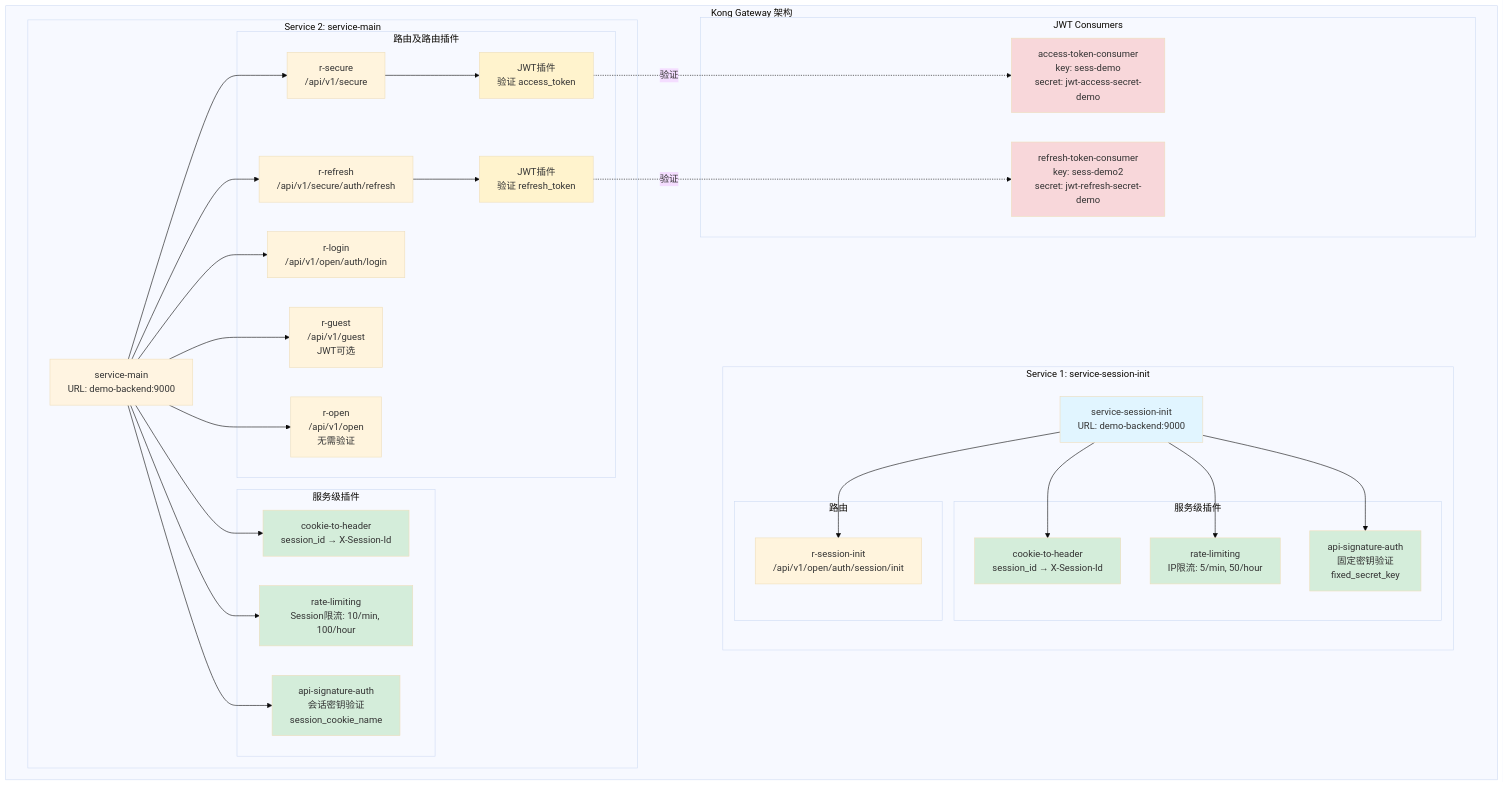
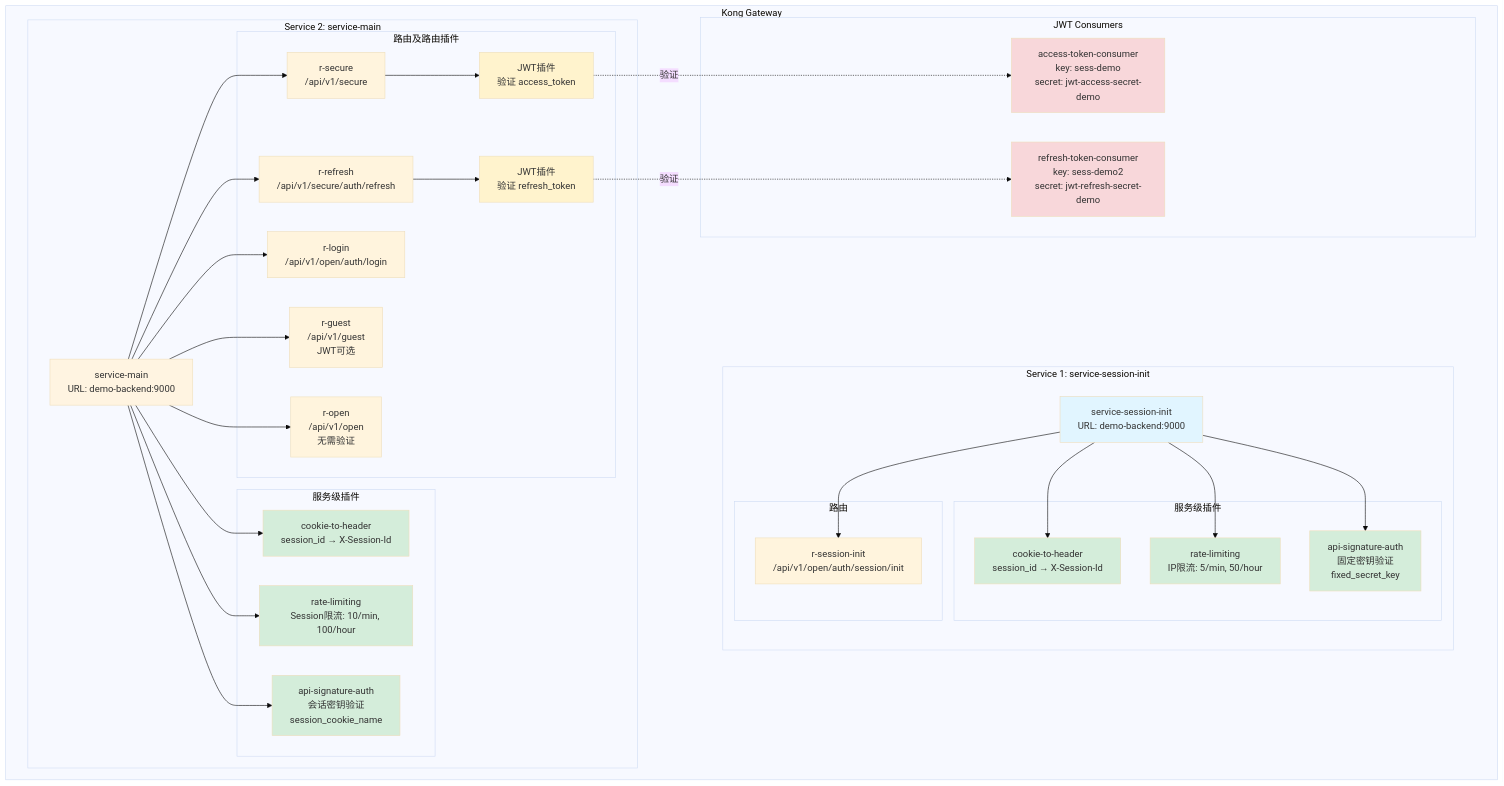
The diagram in all/未命名-8.md (yingjianzh/iodraw-files), drawn with Mermaid (base theme) before and after one commit.

Commit message:
2025-12-10 09:41:08 update

````diff
--- a/all/未命名-8.md
+++ b/all/未命名-8.md
@@ -1,80 +1,82 @@
 ```mermaid
+
 graph TB
-    subgraph "Kong Gateway 架构"
+    subgraph "Kong Gateway"
         subgraph "Service 1: service-session-init"
             S1[service-session-init<br/>URL: demo-backend:9000]
             
             subgraph "服务级插件"
                 S1P1[cookie-to-header<br/>session_id → X-Session-Id]
                 S1P2[rate-limiting<br/>IP限流: 5/min, 50/hour]
                 S1P3[api-signature-auth<br/>固定密钥验证<br/>fixed_secret_key]
             end
             
             subgraph "路由"
                 R1[r-session-init<br/>/api/v1/open/auth/session/init]
             end
             
             S1 --> S1P1
             S1 --> S1P2
             S1 --> S1P3
             S1 --> R1
         end
         
         subgraph "Service 2: service-main"
             S2[service-main<br/>URL: demo-backend:9000]
             
             subgraph "服务级插件 "
                 S2P1[cookie-to-header<br/>session_id → X-Session-Id]
                 S2P2[rate-limiting<br/>Session限流: 10/min, 100/hour]
                 S2P3[api-signature-auth<br/>会话密钥验证<br/>session_cookie_name]
             end
             
             subgraph "路由及路由插件"
                 R2[r-login<br/>/api/v1/open/auth/login]
                 
                 R3[r-refresh<br/>/api/v1/secure/auth/refresh]
                 R3P1[JWT插件<br/>验证 refresh_token]
                 
                 R4[r-secure<br/>/api/v1/secure]
                 R4P1[JWT插件<br/>验证 access_token]
                 
                 R5[r-guest<br/>/api/v1/guest<br/>JWT可选]
                 
                 R6[r-open<br/>/api/v1/open<br/>无需验证]
                 
                 R3 --> R3P1
                 R4 --> R4P1
             end
             
             S2 --> S2P1
             S2 --> S2P2
             S2 --> S2P3
             S2 --> R2
             S2 --> R3
             S2 --> R4
             S2 --> R5
             S2 --> R6
         end
         
         subgraph "JWT Consumers"
             C1[access-token-consumer<br/>key: sess-demo<br/>secret: jwt-access-secret-demo]
             C2[refresh-token-consumer<br/>key: sess-demo2<br/>secret: jwt-refresh-secret-demo]
         end
         
         R3P1 -.验证.-> C2
         R4P1 -.验证.-> C1
     end
     
     style S1 fill:#e1f5ff
     style S2 fill:#fff4e1
     style S1P1 fill:#d4edda
     style S1P2 fill:#d4edda
     style S1P3 fill:#d4edda
     style S2P1 fill:#d4edda
     style S2P2 fill:#d4edda
     style S2P3 fill:#d4edda
     style R3P1 fill:#fff3cd
     style R4P1 fill:#fff3cd
     style C1 fill:#f8d7da
     style C2 fill:#f8d7da
+
 ```
````
